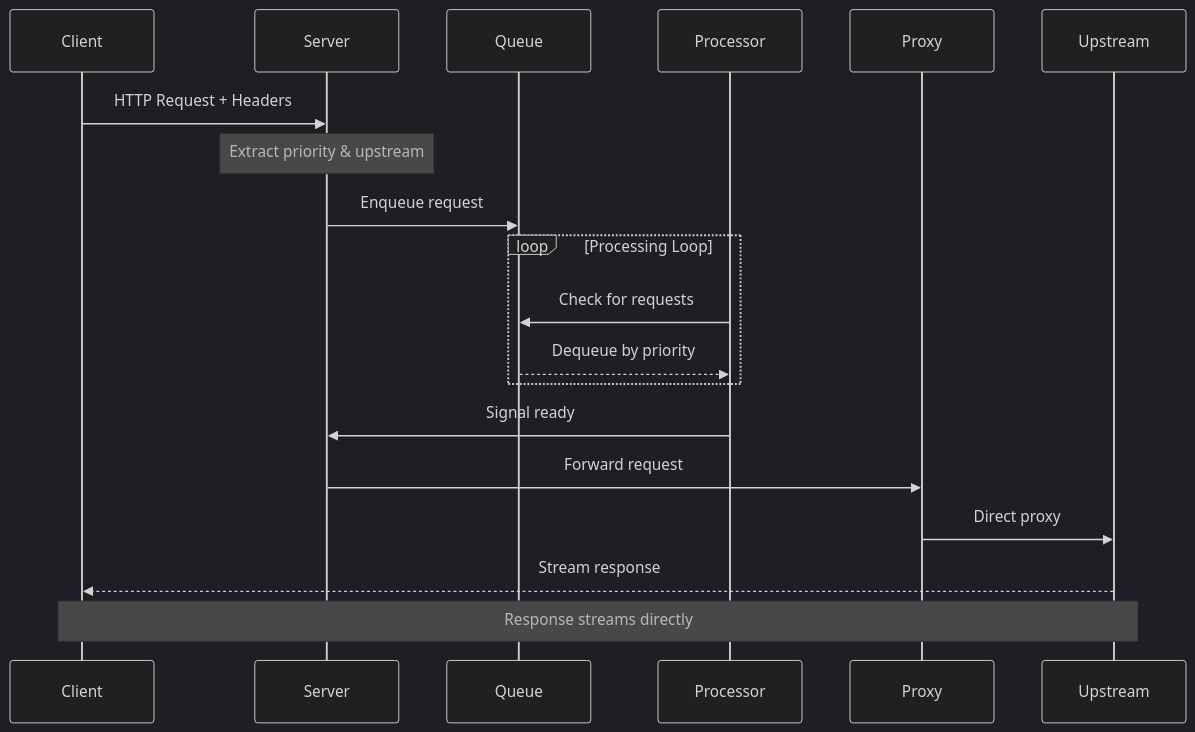
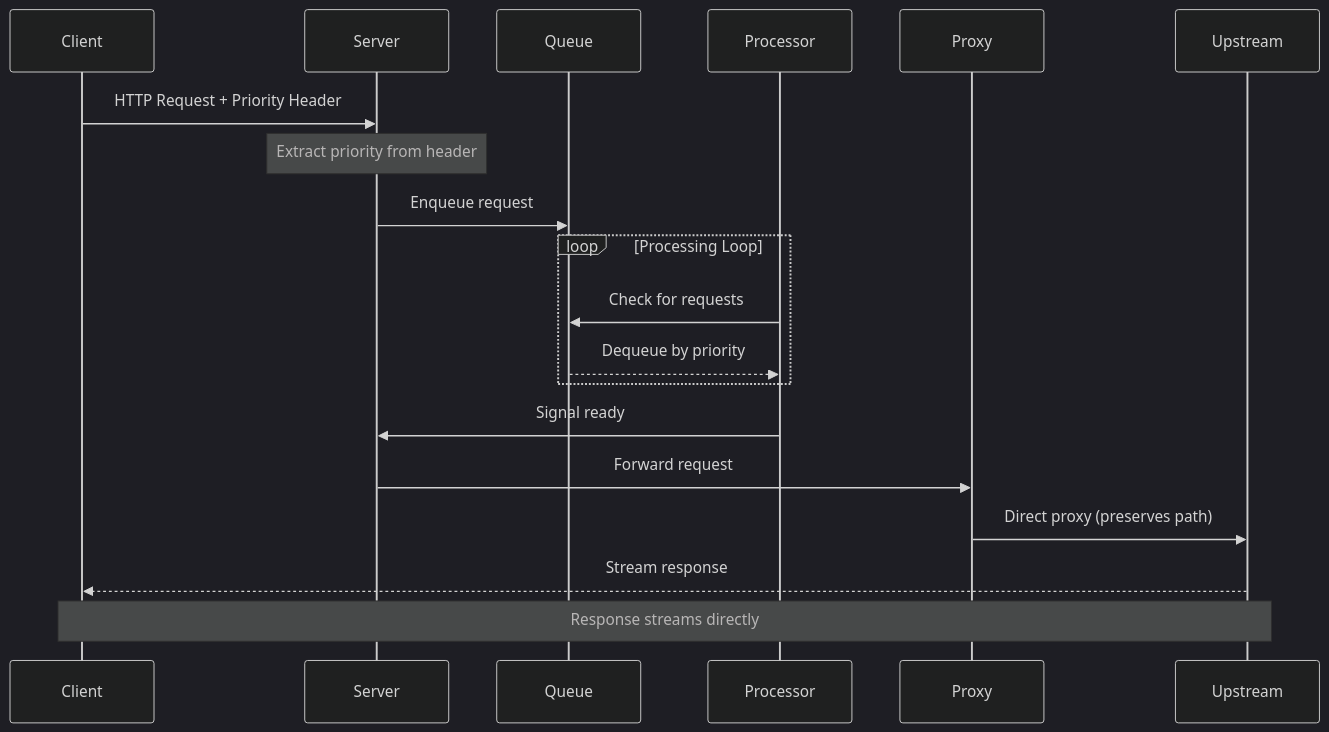
The first of 2 diagrams in README.md (skpulipaka26/arbiter), drawn with Mermaid (dark theme) before and after one commit. The commit also changed other lines of this file and 9 other files, not shown here.

First line of the commit message:
refactor: Simplify to single-upstream sidecar architecture

````diff
--- a/README.md
+++ b/README.md
@@ -15,24 +23,24 @@
 ```mermaid
 sequenceDiagram
     participant Client
     participant Server
     participant Queue
     participant Processor
     participant Proxy
     participant Upstream
 
-    Client->>Server: HTTP Request + Headers
-    Note over Server: Extract priority & upstream
+    Client->>Server: HTTP Request + Priority Header
+    Note over Server: Extract priority from header
     Server->>Queue: Enqueue request
 
     loop Processing Loop
         Processor->>Queue: Check for requests
         Queue-->>Processor: Dequeue by priority
     end
 
     Processor->>Server: Signal ready
     Server->>Proxy: Forward request
-    Proxy->>Upstream: Direct proxy
+    Proxy->>Upstream: Direct proxy (preserves path)
     Upstream-->>Client: Stream response
     Note over Client,Upstream: Response streams directly
 ```
````
